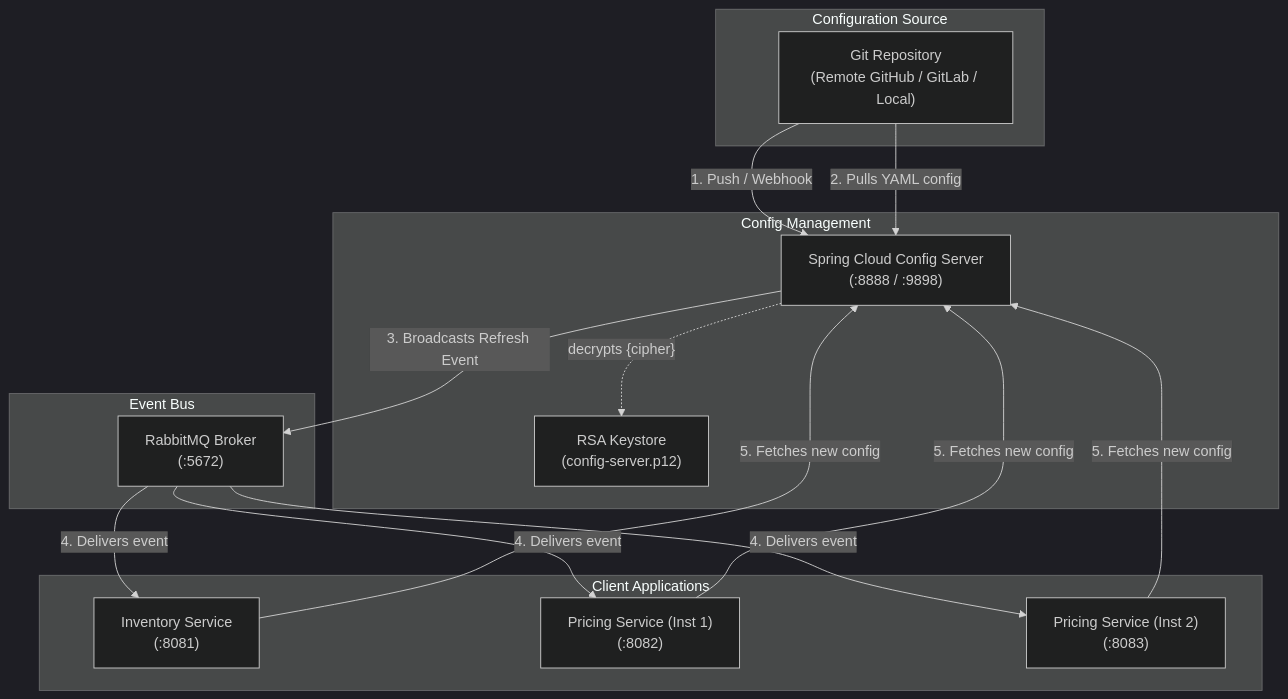
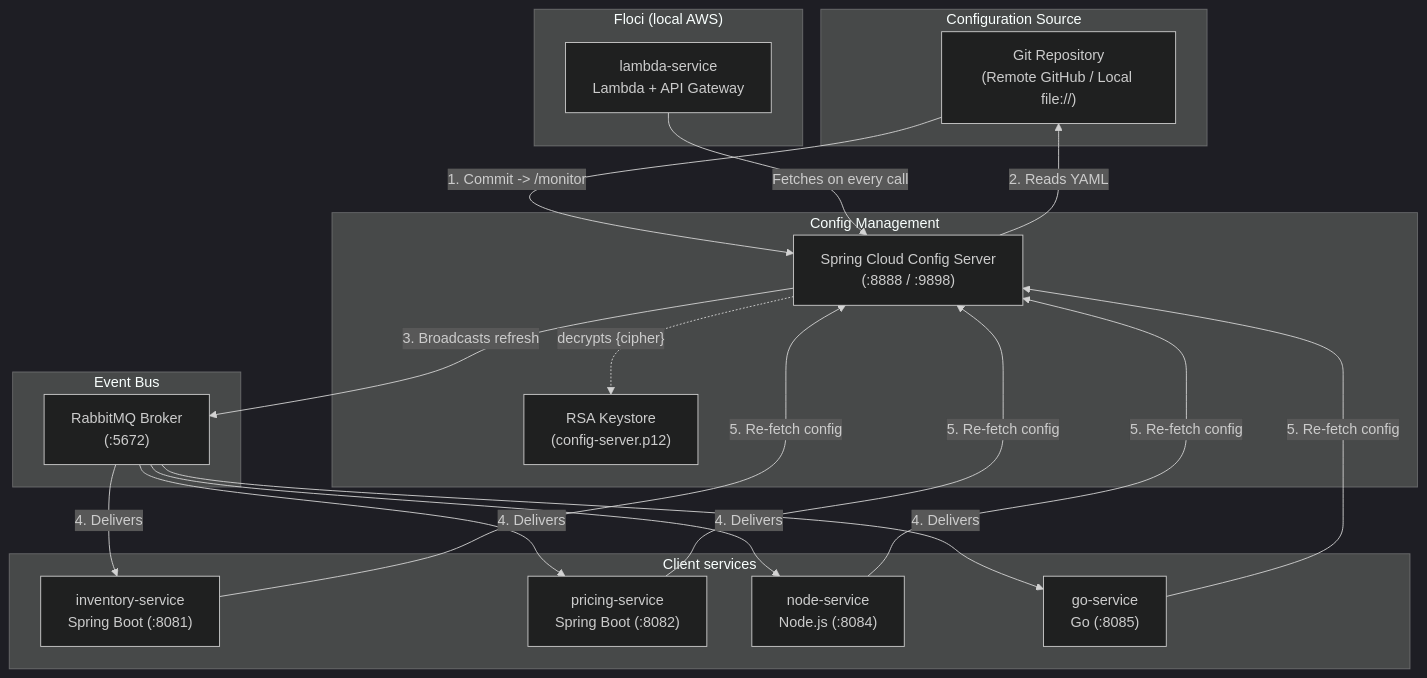
The first of 4 diagrams in version-a-git/README.md (kirankumarhm/springboot-config-server-external-properties-demo), drawn with Mermaid (dark theme) before and after one commit. The commit also changed other lines of this file and 438 other files, not shown here.

````diff
--- a/version-a-git/README.md
+++ b/version-a-git/README.md
@@ -16,32 +32,34 @@
 ```mermaid
 graph TD
     subgraph Storage["Configuration Source"]
-        GitRepo["Git Repository<br/>(Remote GitHub / GitLab / Local)"]
+        GitRepo["Git Repository<br/>(Remote GitHub / Local file://)"]
     end
 
     subgraph ConfigLayer["Config Management"]
         CS["Spring Cloud Config Server<br/>(:8888 / :9898)"]
         Keystore["RSA Keystore<br/>(config-server.p12)"]
         CS -. decrypts {cipher} .-> Keystore
     end
 
     subgraph Messaging["Event Bus"]
         RabbitMQ["RabbitMQ Broker<br/>(:5672)"]
     end
 
-    subgraph Microservices["Client Applications"]
-        Inv["Inventory Service<br/>(:8081)"]
-        Prc1["Pricing Service (Inst 1)<br/>(:8082)"]
-        Prc2["Pricing Service (Inst 2)<br/>(:8083)"]
+    subgraph Clients["Client services"]
+        Inv["inventory-service<br/>Spring Boot (:8081)"]
+        Prc["pricing-service<br/>Spring Boot (:8082)"]
+        Node["node-service<br/>Node.js (:8084)"]
+        Go["go-service<br/>Go (:8085)"]
     end
 
-    GitRepo -- "1. Push / Webhook" --> CS
-    GitRepo -- "2. Pulls YAML config" --> CS
-    CS -- "3. Broadcasts Refresh Event" --> RabbitMQ
-    RabbitMQ -- "4. Delivers event" --> Inv
-    RabbitMQ -- "4. Delivers event" --> Prc1
-    RabbitMQ -- "4. Delivers event" --> Prc2
-    Inv -- "5. Fetches new config" --> CS
-    Prc1 -- "5. Fetches new config" --> CS
-    Prc2 -- "5. Fetches new config" --> CS
+    subgraph Floci["Floci (local AWS)"]
+        Lambda["lambda-service<br/>Lambda + API Gateway"]
+    end
+
+    GitRepo -- "1. Commit -> /monitor" --> CS
+    CS -- "2. Reads YAML" --> GitRepo
+    CS -- "3. Broadcasts refresh" --> RabbitMQ
+    RabbitMQ -- "4. Delivers" --> Inv & Prc & Node & Go
+    Inv & Prc & Node & Go -- "5. Re-fetch config" --> CS
+    Lambda -- "Fetches on every call" --> CS
 ```
````
